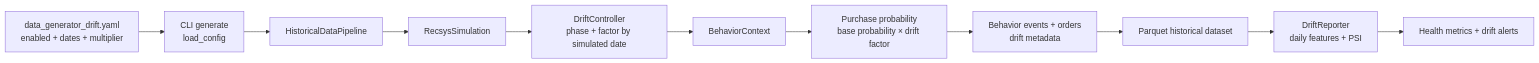
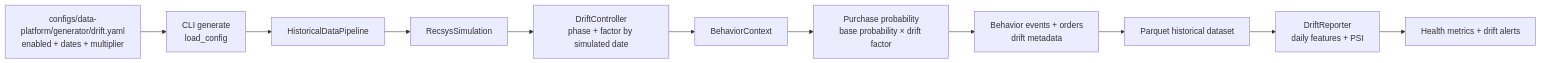
One commit to itsmekhoathekid/RecSys-MLops changed the diagram in docs/submission/rubic-final-coursework-(final-ml)/improve_data_generator.md. Above: the diagram before and after it, drawn with Mermaid. The commit also changed other lines of this file and 24 other files, not shown here.

````diff
--- a/docs/submission/rubic-final-coursework-(final-ml)/improve_data_generator.md
+++ b/docs/submission/rubic-final-coursework-(final-ml)/improve_data_generator.md
@@ -7,13 +7,13 @@
 ```mermaid
 flowchart LR
-    A["data_generator_drift.yaml<br/>enabled + dates + multiplier"] --> B["CLI generate<br/>load_config"]
+    A["configs/data-platform/generator/drift.yaml<br/>enabled + dates + multiplier"] --> B["CLI generate<br/>load_config"]
     B --> C["HistoricalDataPipeline"]
     C --> D["RecsysSimulation"]
     D --> E["DriftController<br/>phase + factor by simulated date"]
     E --> F["BehaviorContext"]
     F --> G["Purchase probability<br/>base probability × drift factor"]
     G --> H["Behavior events + orders<br/>drift metadata"]
     H --> I["Parquet historical dataset"]
     I --> J["DriftReporter<br/>daily features + PSI"]
     J --> K["Health metrics + drift alerts"]
 ```
````
